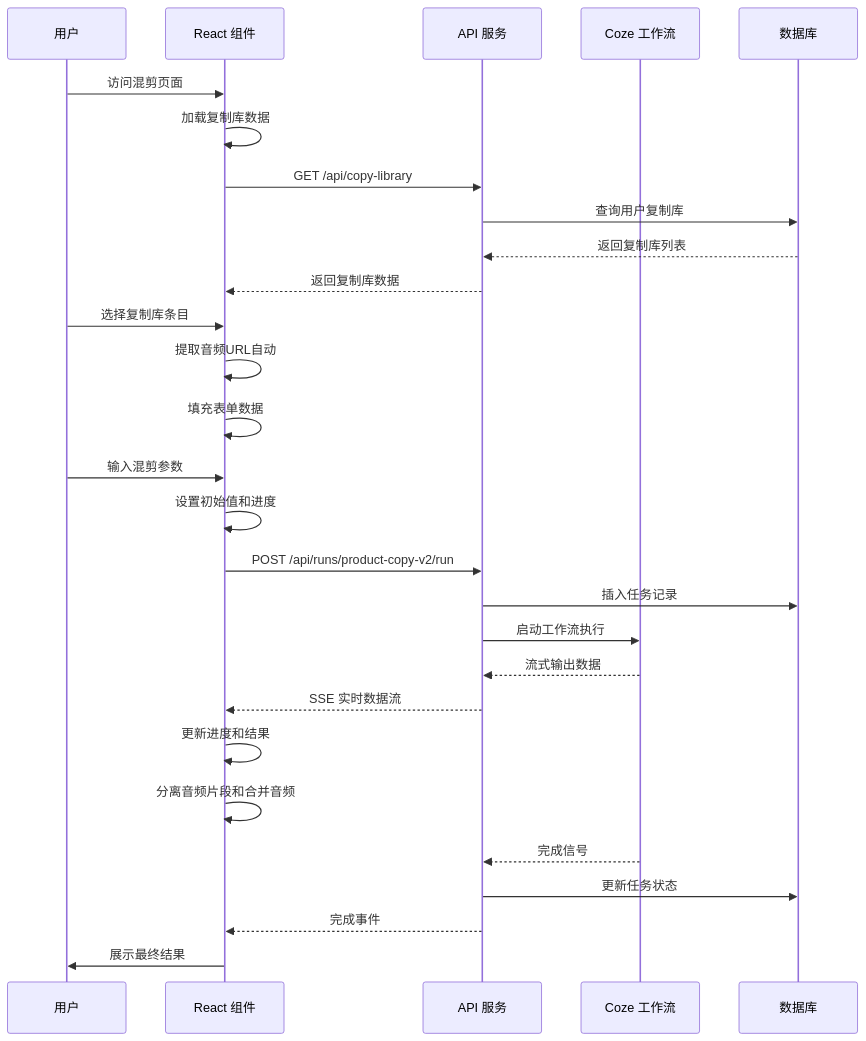
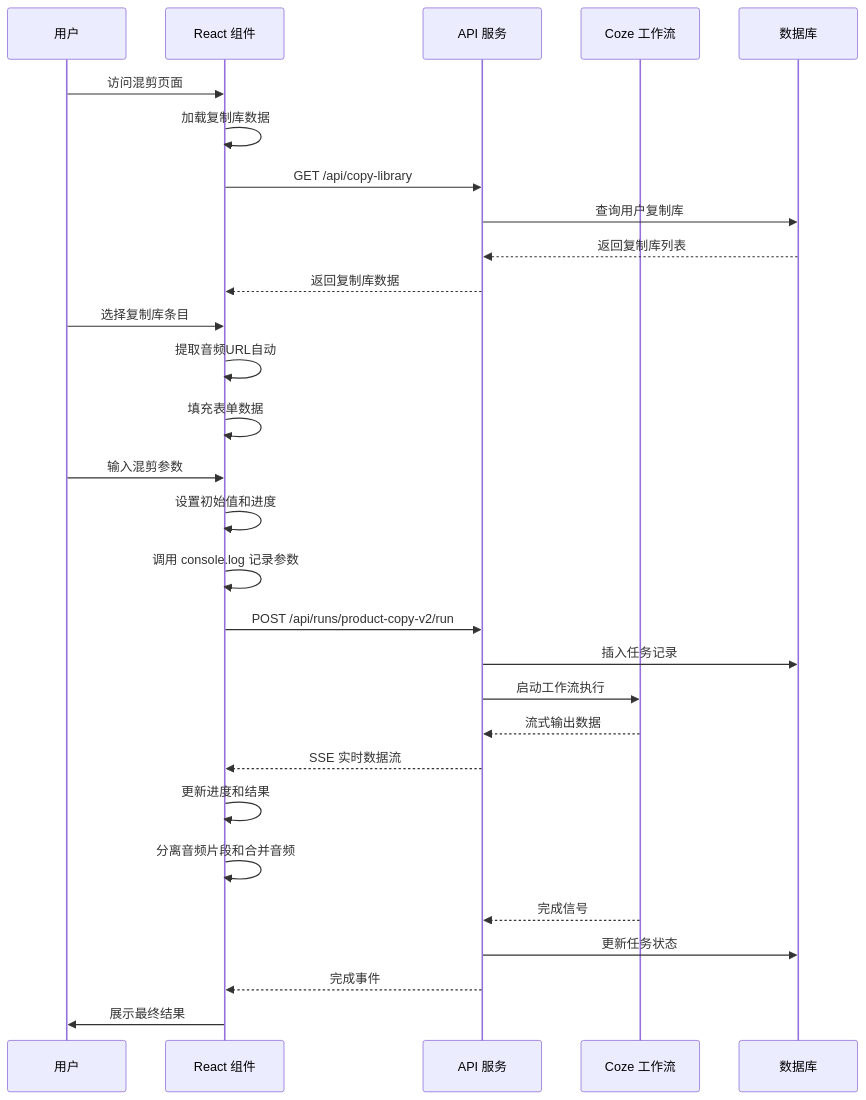
One commit to hanksd769-droid/sailshub changed the third of 15 diagrams in .qoder/repowiki/zh/content/前端组件架构/页面组件/混剪功能页面.md. Above: the diagram before and after it, drawn with Mermaid. The commit also changed other lines of this file and 3 other files, not shown here.

````diff
--- a/.qoder/repowiki/zh/content/前端组件架构/页面组件/混剪功能页面.md
+++ b/.qoder/repowiki/zh/content/前端组件架构/页面组件/混剪功能页面.md
@@ -241,30 +253,31 @@
 ```mermaid
 sequenceDiagram
 participant User as 用户
 participant UI as React 组件
 participant API as API 服务
 participant Coze as Coze 工作流
 participant DB as 数据库
 User->>UI : 访问混剪页面
 UI->>UI : 加载复制库数据
 UI->>API : GET /api/copy-library
 API->>DB : 查询用户复制库
 DB-->>API : 返回复制库列表
 API-->>UI : 返回复制库数据
 User->>UI : 选择复制库条目
 UI->>UI : 提取音频URL自动
 UI->>UI : 填充表单数据
 User->>UI : 输入混剪参数
 UI->>UI : 设置初始值和进度
+UI->>UI : 调用 console.log 记录参数
 UI->>API : POST /api/runs/product-copy-v2/run
 API->>DB : 插入任务记录
 API->>Coze : 启动工作流执行
 Coze-->>API : 流式输出数据
 API-->>UI : SSE 实时数据流
 UI->>UI : 更新进度和结果
 UI->>UI : 分离音频片段和合并音频
 Coze-->>API : 完成信号
 API->>DB : 更新任务状态
 API-->>UI : 完成事件
 UI->>User : 展示最终结果
 ```
````
